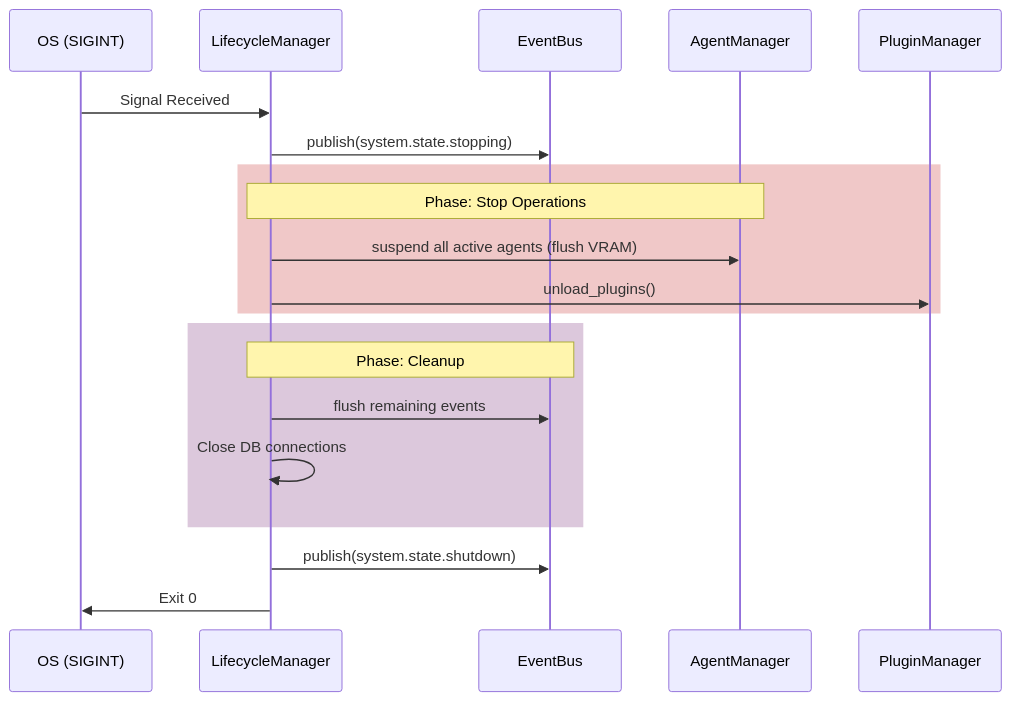
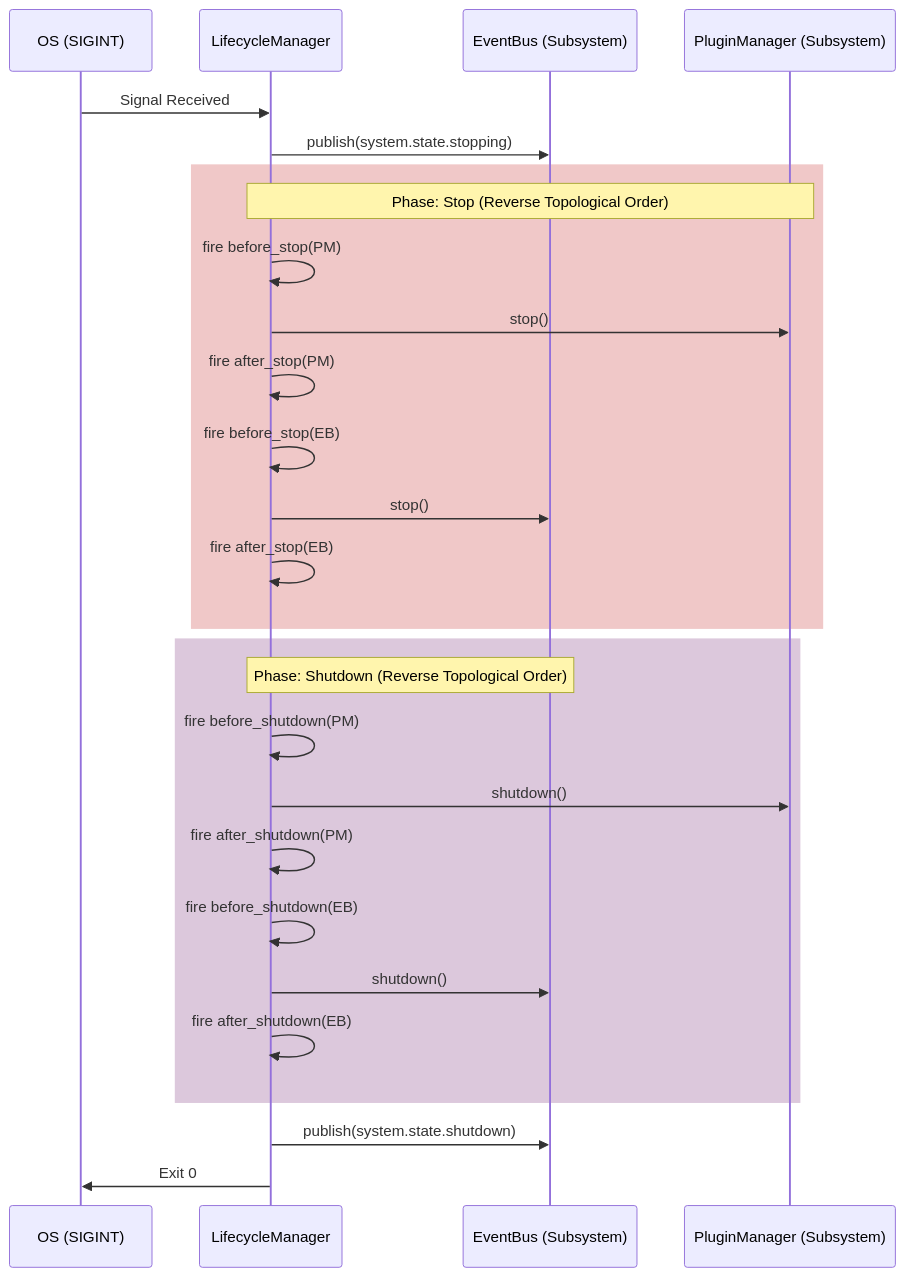
One commit to hulkavenger407-design/Jarvis- changed the second of 3 diagrams in docs/proposals/subsystem-6-lifecycle-manager-design.md. Above: the diagram before and after it, drawn with Mermaid. The commit also changed other lines of this file and 1 other file, not shown here.

First line of the commit message:
docs(proposals): refine Subsystem 6 Lifecycle Manager architecture

````diff
--- a/docs/proposals/subsystem-6-lifecycle-manager-design.md
+++ b/docs/proposals/subsystem-6-lifecycle-manager-design.md
@@ -80,26 +118,35 @@
 ```mermaid
 sequenceDiagram
     participant OS as OS (SIGINT)
     participant LM as LifecycleManager
-    participant EB as EventBus
-    participant AM as AgentManager
-    participant PM as PluginManager
+    participant EB as EventBus (Subsystem)
+    participant PM as PluginManager (Subsystem)
 
     OS->>LM: Signal Received
     LM->>EB: publish(system.state.stopping)
 
     rect rgb(240, 200, 200)
-        Note over LM, AM: Phase: Stop Operations
-        LM->>AM: suspend all active agents (flush VRAM)
-        LM->>PM: unload_plugins()
+        Note over LM, PM: Phase: Stop (Reverse Topological Order)
+        LM->>LM: fire before_stop(PM)
+        LM->>PM: stop()
+        LM->>LM: fire after_stop(PM)
+
+        LM->>LM: fire before_stop(EB)
+        LM->>EB: stop()
+        LM->>LM: fire after_stop(EB)
     end
 
     rect rgb(220, 200, 220)
-        Note over LM, EB: Phase: Cleanup
-        LM->>EB: flush remaining events
-        LM->>LM: Close DB connections
+        Note over LM, EB: Phase: Shutdown (Reverse Topological Order)
+        LM->>LM: fire before_shutdown(PM)
+        LM->>PM: shutdown()
+        LM->>LM: fire after_shutdown(PM)
+
+        LM->>LM: fire before_shutdown(EB)
+        LM->>EB: shutdown()
+        LM->>LM: fire after_shutdown(EB)
     end
 
     LM->>EB: publish(system.state.shutdown)
     LM->>OS: Exit 0
 ```
````
